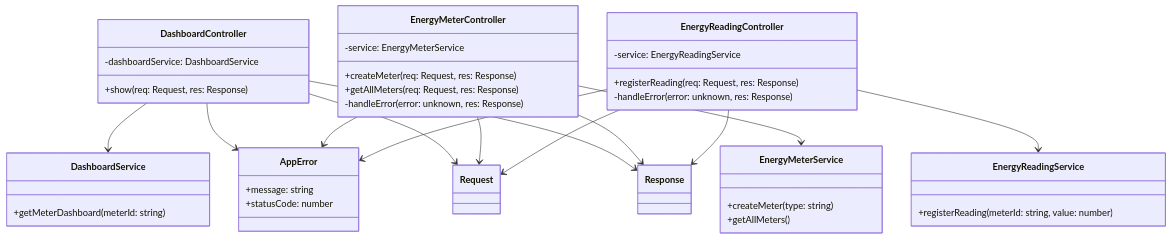
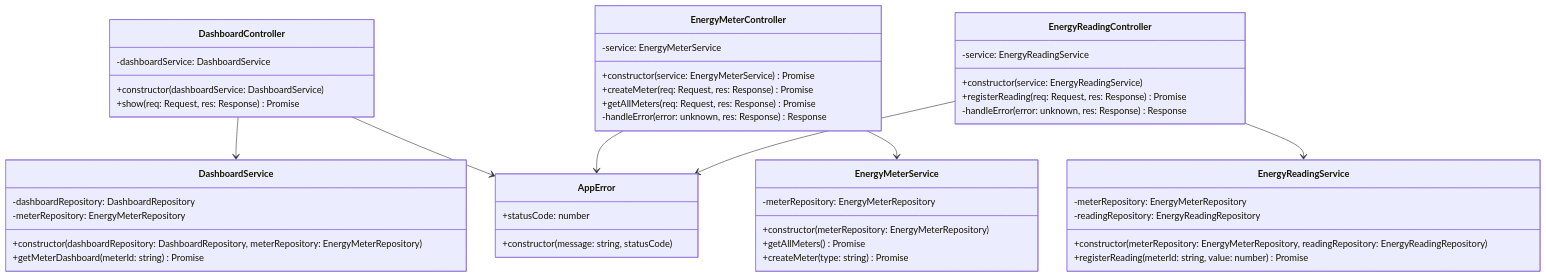
One commit to rubensrabelo/gestao-de-consumo-de-energia changed the third of 15 diagrams in docs/report_rubens_rabelo.md. Above: the diagram before and after it, drawn with Mermaid. The commit also changed other lines of this file and 1 other file, not shown here.

````diff
--- a/docs/report_rubens_rabelo.md
+++ b/docs/report_rubens_rabelo.md
@@ -372,56 +378,58 @@
 ```mermaid
 classDiagram
     class DashboardController {
         -dashboardService: DashboardService
-        +show(req: Request, res: Response)
+        +constructor(dashboardService: DashboardService)
+        +show(req: Request, res: Response) Promise
     }
 
     class EnergyMeterController {
         -service: EnergyMeterService
-        +createMeter(req: Request, res: Response)
-        +getAllMeters(req: Request, res: Response)
-        -handleError(error: unknown, res: Response)
+        +constructor(service: EnergyMeterService) Promise
+        +createMeter(req: Request, res: Response) Promise
+        +getAllMeters(req: Request, res: Response) Promise
+        -handleError(error: unknown, res: Response) Response
     }
 
     class EnergyReadingController {
         -service: EnergyReadingService
-        +registerReading(req: Request, res: Response)
-        -handleError(error: unknown, res: Response)
+        +constructor(service: EnergyReadingService)
+        +registerReading(req: Request, res: Response) Promise
+        -handleError(error: unknown, res: Response) Response
     }
 
     class DashboardService {
-        +getMeterDashboard(meterId: string)
+        -dashboardRepository: DashboardRepository
+        -meterRepository: EnergyMeterRepository
+        +constructor(dashboardRepository: DashboardRepository, meterRepository: EnergyMeterRepository)
+        +getMeterDashboard(meterId: string) Promise
     }
 
     class EnergyMeterService {
-        +createMeter(type: string)
-        +getAllMeters()
+        -meterRepository: EnergyMeterRepository
+        +constructor(meterRepository: EnergyMeterRepository)
+        +getAllMeters() Promise
+        +createMeter(type: string) Promise
     }
 
     class EnergyReadingService {
-        +registerReading(meterId: string, value: number)
+        -meterRepository: EnergyMeterRepository
+        -readingRepository: EnergyReadingRepository
+        +constructor(meterRepository: EnergyMeterRepository, readingRepository: EnergyReadingRepository)
+        +registerReading(meterId: string, value: number) Promise
     }
 
     class AppError {
-        +message: string
         +statusCode: number
+        +constructor(message: string, statusCode)
     }
-
-    class Request
-    class Response
 
     DashboardController --> DashboardService
     DashboardController --> AppError
-    DashboardController --> Request
-    DashboardController --> Response
-
+    
     EnergyMeterController --> EnergyMeterService
     EnergyMeterController --> AppError
-    EnergyMeterController --> Request
-    EnergyMeterController --> Response
-
+    
     EnergyReadingController --> EnergyReadingService
     EnergyReadingController --> AppError
-    EnergyReadingController --> Request
-    EnergyReadingController --> Response
 ```
````
